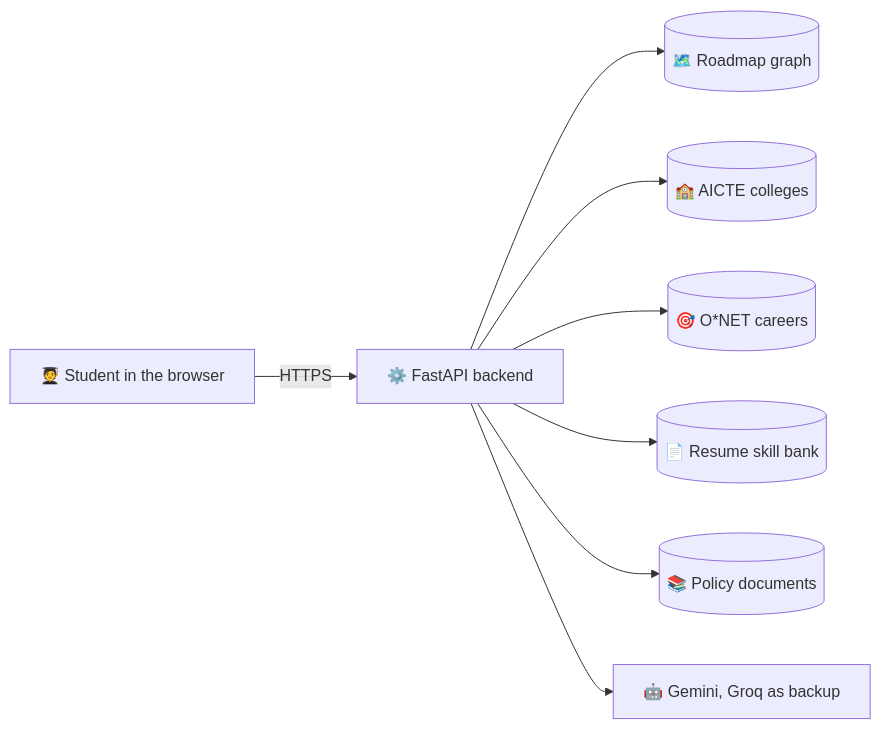
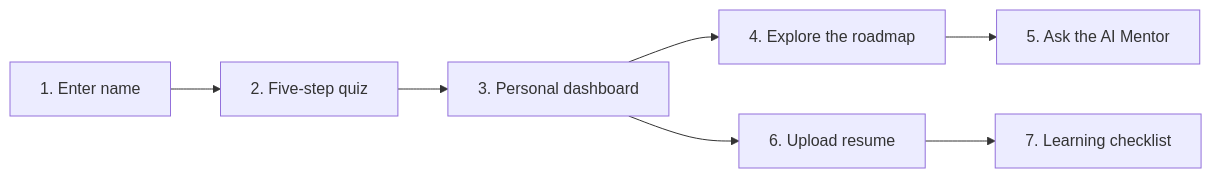
The first of 3 diagrams in README.md (sohans8/career-forge-ai), drawn with Mermaid before and after one commit. The commit also changed other lines of this file and 1 other file, not shown here.

````diff
--- a/README.md
+++ b/README.md
@@ -140,10 +90,9 @@
 ```mermaid
 flowchart LR
-  A[🧑‍🎓 Student in the browser] -->|HTTPS| B[⚙️ FastAPI backend]
-  B --> C[(🗺️ Roadmap graph)]
-  B --> D[(🏫 AICTE colleges)]
-  B --> E[(🎯 O*NET careers)]
-  B --> F[(📄 Resume skill bank)]
-  B --> G[(📚 Policy documents)]
-  B --> H[🤖 Gemini, Groq as backup]
+  A[1. Enter name] --> B[2. Five-step quiz]
+  B --> C[3. Personal dashboard]
+  C --> D[4. Explore the roadmap]
+  D --> E[5. Ask the AI Mentor]
+  C --> F[6. Upload resume]
+  F --> G[7. Learning checklist]
 ```
````
